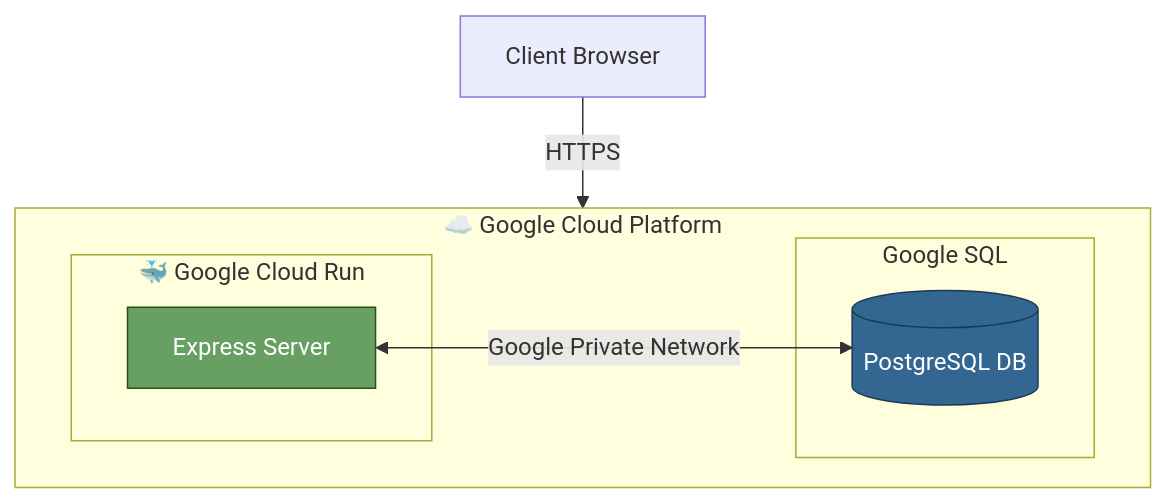
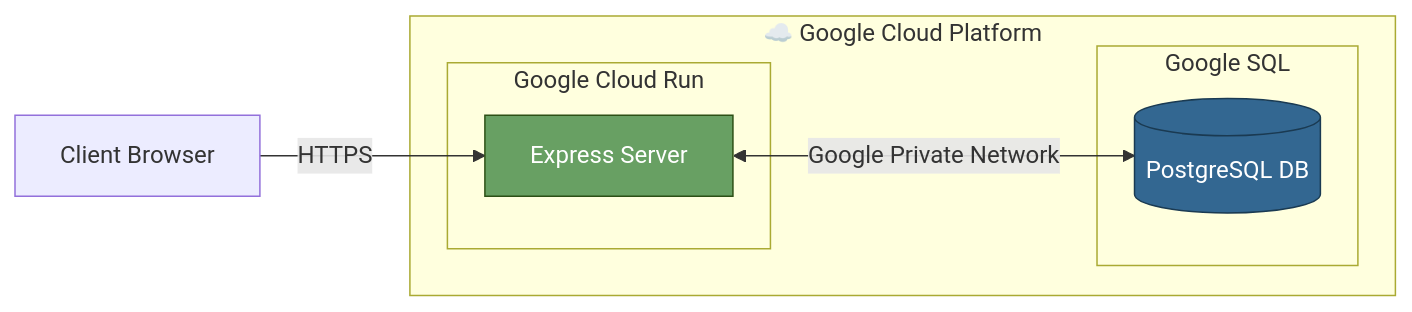
Before and after one commit to ernestviola/inventory-application: the first of 2 diagrams in README.md, drawn with Mermaid.

Commit message:
feat: Change direction of system diagram

````diff
--- a/README.md
+++ b/README.md
@@ -13,23 +13,22 @@
 ```mermaid
-flowchart TD
+flowchart LR
   client[Client Browser]
 
 
   subgraph gcp[☁️ Google Cloud Platform]
-    direction LR
-    subgraph gcr[🐳 Google Cloud Run]
+    subgraph gcr[Google Cloud Run]
       express[Express Server]
     end
     subgraph gsql[Google SQL]
       db[(PostgreSQL DB)]
     end
   end
 
   client -->|HTTPS| express
   express <-->|Google Private Network| db
 
 
 
   style db fill:#336791,stroke:#1a3a52,color:#fff
   style express fill:#68a063,stroke:#2d5016,color:#fff
 ```
````
